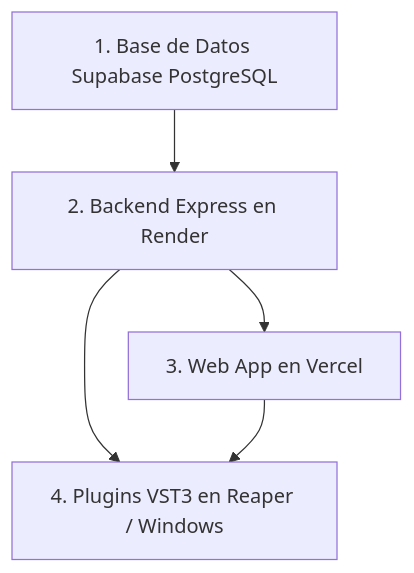
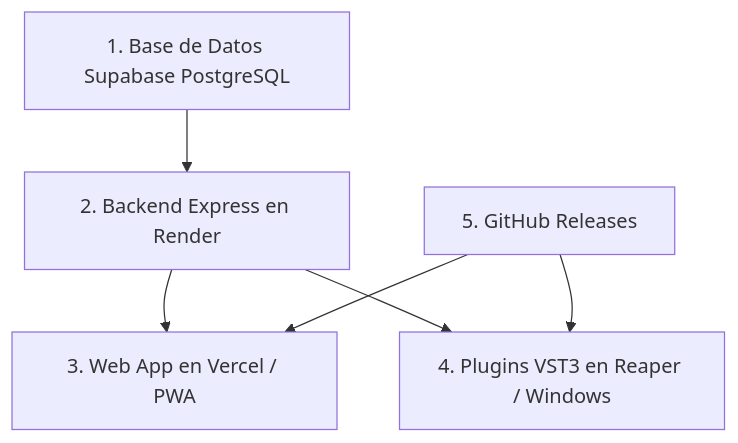
Before and after one commit to JASBOOTSTUDIOS/jaswaveaudio: the diagram in docs/GUIA_DESPLIEGUE_PRODUCCION_Y_ACTIVACION_VST.md, drawn with Mermaid. The commit also changed other lines of this file and 2 other files, not shown here.

Commit message:
docs(deploy): credenciales super admin y configuracion de GitHub Releases para paquetes VST

````diff
--- a/docs/GUIA_DESPLIEGUE_PRODUCCION_Y_ACTIVACION_VST.md
+++ b/docs/GUIA_DESPLIEGUE_PRODUCCION_Y_ACTIVACION_VST.md
@@ -21,7 +92,8 @@
 ```mermaid
 graph TD
     A[1. Base de Datos Supabase PostgreSQL] --> B[2. Backend Express en Render]
-    B --> C[3. Web App en Vercel]
+    B --> C[3. Web App en Vercel / PWA]
     B --> D[4. Plugins VST3 en Reaper / Windows]
-    C --> D
+    E[5. GitHub Releases] --> C
+    E --> D
 ```
````
